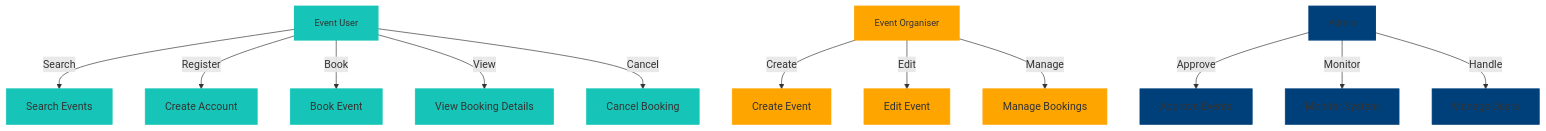
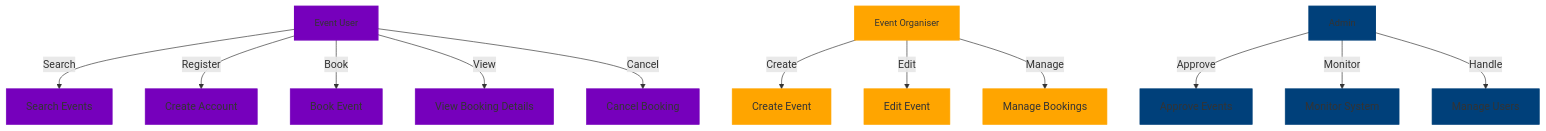
Before and after one commit to celeste-smith/event-booking-system: the diagram in USE-CASE-DIAGRAM.md, drawn with Mermaid.

Commit message:
Update USE-CASE-DIAGRAM.md
8th update

````diff
--- a/USE-CASE-DIAGRAM.md
+++ b/USE-CASE-DIAGRAM.md
@@ -4,35 +4,35 @@
 ```mermaid
 graph TD;
     A[Event User] -->|Search| B[Search Events];
     A -->|Register| C[Create Account];
     A -->|Book| D[Book Event];
     A -->|View| E[View Booking Details];
     A -->|Cancel| F[Cancel Booking];
     
     G[Event Organiser] -->|Create| H[Create Event];
     G -->|Edit| I[Edit Event];
     G -->|Manage| J[Manage Bookings];
     
     K[Admin] -->|Approve| L[Approve Events];
     K -->|Monitor| M[Monitor System];
     K -->|Handle| N[Manage Users];
 
     %% Styling
-    style A fill:#16C5B7,stroke:#16C5B7,stroke-width:2px,font-size:14px;
+    style A fill:#7600bc,stroke:#7600bc,stroke-width:2px,font-size:14px;
     style G fill:#FFA500,stroke:#FFA500,stroke-width:2px,font-size:14px;
     style K fill:#00407a,stroke:#00407a,stroke-width:2px,font-size:14px;
 
-    style B fill:#16C5B7,stroke:#16C5B7;
-    style C fill:#16C5B7,stroke:#16C5B7;
-    style D fill:#16C5B7,stroke:#16C5B7;
-    style E fill:#16C5B7,stroke:#16C5B7;
-    style F fill:#16C5B7,stroke:#16C5B7;
+    style B fill:#7600bc,stroke:#7600bc;
+    style C fill:#7600bc,stroke:#7600bc;
+    style D fill:#7600bc,stroke:#7600bc;
+    style E fill:#7600bc,stroke:#7600bc;
+    style F fill:#7600bc,stroke:#7600bc;
 
     style H fill:#FFA500,stroke:#FFA500;
     style I fill:#FFA500,stroke:#FFA500;
     style J fill:#FFA500,stroke:#FFA500;
 
     style L fill:#00407a,stroke:#00407a;
     style M fill:#00407a,stroke:#00407a;
     style N fill:#00407a,stroke:#00407a;
 ```
````
